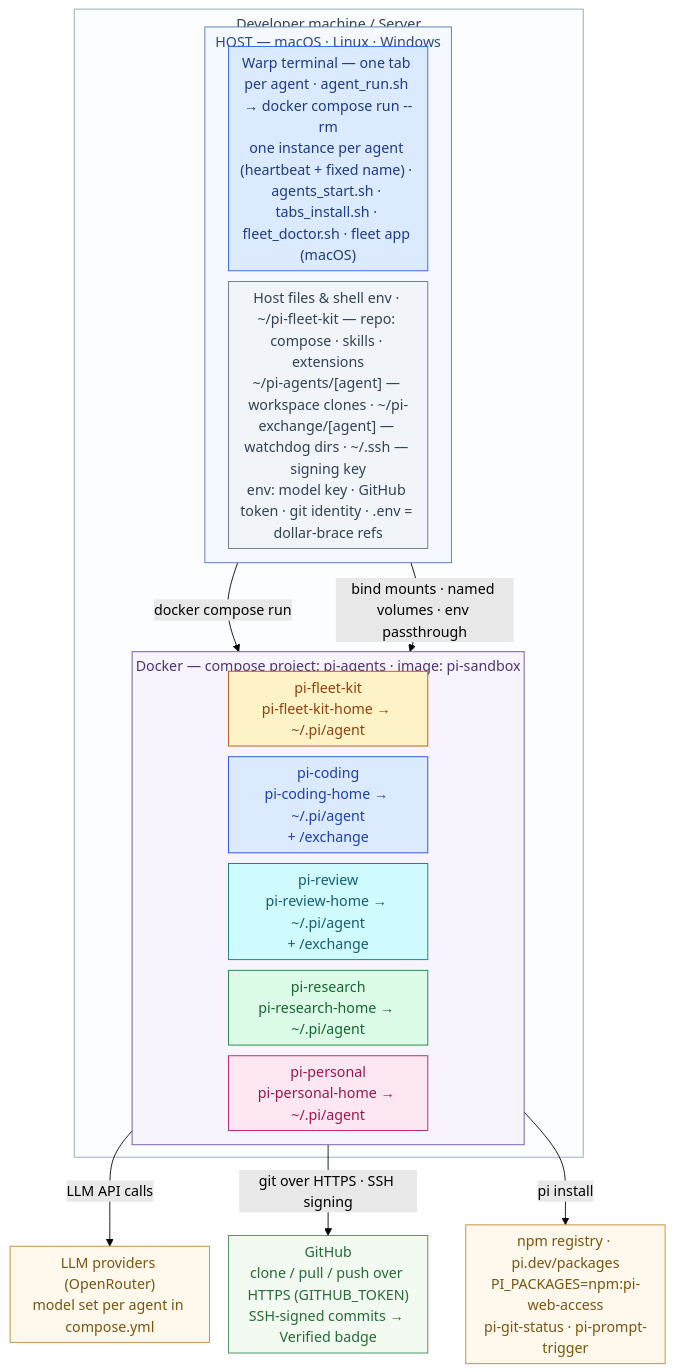
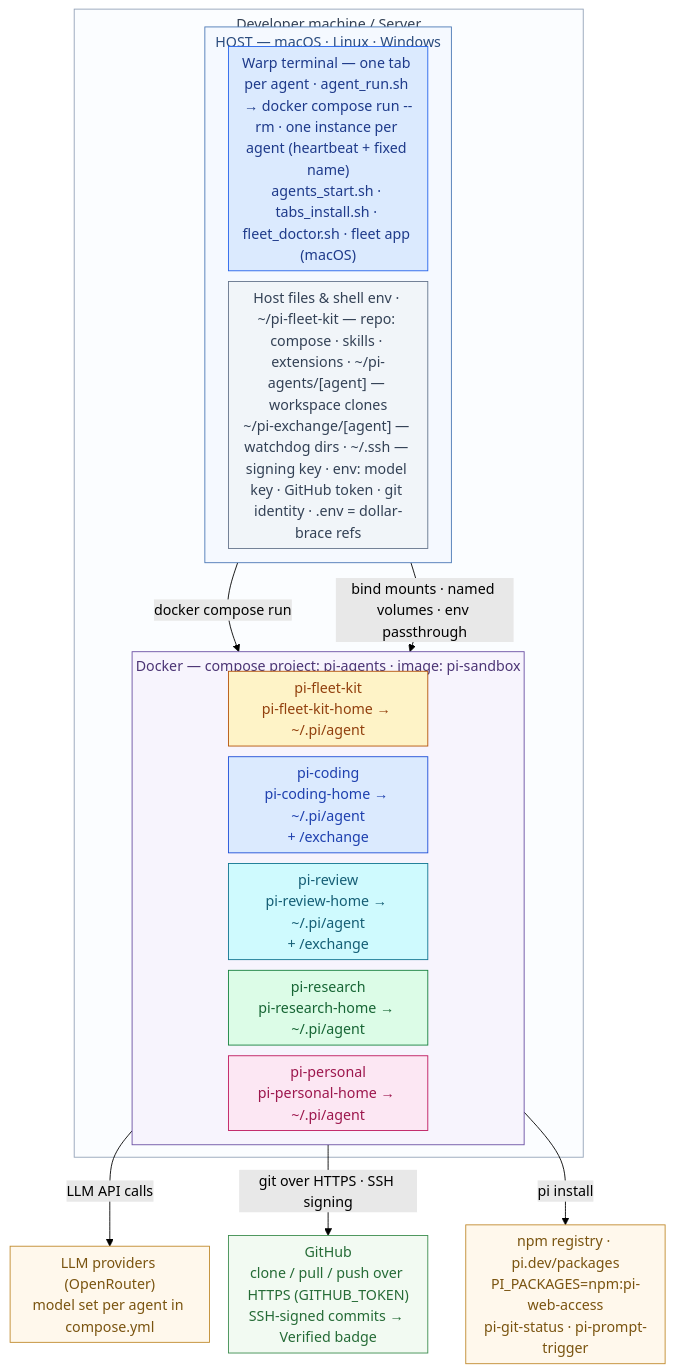
One commit to didier-durand/pi-fleet-kit changed the diagram in README.md. Above: the diagram before and after it, drawn with Mermaid (forest theme).

Commit message:
Diagram: longer lines in host boxes (wider, two lines each)

````diff
--- a/README.md
+++ b/README.md
@@ -99,50 +99,50 @@
 ```mermaid
 %%{init: {"flowchart": {"nodeSpacing": 12, "rankSpacing": 28, "padding": 6, "diagramPadding": 8, "subGraphTitleMargin": {"top": 4, "bottom": 2}}}}%%
 flowchart TB
   subgraph MACHINE["Developer machine / Server"]
     subgraph HOST["HOST — macOS · Linux · Windows"]
     direction LR
-    WARP["Warp terminal — one tab per agent · agent_run.sh → docker compose run --rm<br/>one instance per agent (heartbeat + fixed name) · agents_start.sh · tabs_install.sh · fleet_doctor.sh · fleet app (macOS)"]
-    FILES["Host files & shell env · ~/pi-fleet-kit — repo: compose · skills · extensions<br/>~/pi-agents/[agent] — workspace clones · ~/pi-exchange/[agent] — watchdog dirs · ~/.ssh — signing key<br/>env: model key · GitHub token · git identity · .env = dollar-brace refs"]
+    WARP["Warp terminal — one tab per agent · agent_run.sh → docker compose run --rm · one instance per agent (heartbeat + fixed name)<br/>agents_start.sh · tabs_install.sh · fleet_doctor.sh · fleet app (macOS)"]
+    FILES["Host files & shell env · ~/pi-fleet-kit — repo: compose · skills · extensions · ~/pi-agents/[agent] — workspace clones<br/>~/pi-exchange/[agent] — watchdog dirs · ~/.ssh — signing key · env: model key · GitHub token · git identity · .env = dollar-brace refs"]
   end
   subgraph DOCKER["Docker — compose project: pi-agents · image: pi-sandbox"]
     direction LR
     FLEET["pi-fleet-kit<br/>pi-fleet-kit-home → ~/.pi/agent"]
     CODING["pi-coding<br/>pi-coding-home → ~/.pi/agent<br/>+ /exchange"]
     REVIEW["pi-review<br/>pi-review-home → ~/.pi/agent<br/>+ /exchange"]
     RESEARCH["pi-research<br/>pi-research-home → ~/.pi/agent"]
     PERSONAL["pi-personal<br/>pi-personal-home → ~/.pi/agent"]
   end
   end
   LLM["LLM providers (OpenRouter)<br/>model set per agent in compose.yml"]
   GH["GitHub<br/>clone / pull / push over HTTPS (GITHUB_TOKEN)<br/>SSH-signed commits → Verified badge"]
   NPM["npm registry · pi.dev/packages<br/>PI_PACKAGES=npm:pi-web-access<br/>pi-git-status · pi-prompt-trigger"]
   HOST -->|"docker compose run"| DOCKER
   HOST -->|"bind mounts · named volumes · env passthrough"| DOCKER
   DOCKER -->|"LLM API calls"| LLM
   DOCKER -->|"git over HTTPS · SSH signing"| GH
   DOCKER -->|"pi install"| NPM
   classDef warp fill:#DBEAFE,stroke:#2563EB,color:#1E3A8A
   classDef files fill:#F1F5F9,stroke:#64748B,color:#334155
   classDef yellow fill:#FEF3C7,stroke:#B45309,color:#92400E
   classDef blue fill:#DBEAFE,stroke:#1D4ED8,color:#1E40AF
   classDef cyan fill:#CFFAFE,stroke:#0E7490,color:#155E75
   classDef green fill:#DCFCE7,stroke:#15803D,color:#166534
   classDef magenta fill:#FCE7F3,stroke:#BE185D,color:#9D174D
   classDef llm fill:#FFF8EC,stroke:#C08A2D,color:#7A5410
   classDef gh fill:#F2FAF2,stroke:#3C8C4E,color:#256B36
   classDef npm fill:#FFF8EC,stroke:#C08A2D,color:#7A5410
   class WARP warp
   class FILES files
   class FLEET yellow
   class CODING blue
   class REVIEW cyan
   class RESEARCH green
   class PERSONAL magenta
   class LLM llm
   class GH gh
   class NPM npm
   style HOST fill:#F5F9FF,stroke:#4A78B5,color:#2B4C7E
   style DOCKER fill:#F7F4FD,stroke:#6A4FA3,color:#4C3575
   style MACHINE fill:#FBFDFF,stroke:#94A3B8,color:#334155
 ```
````
